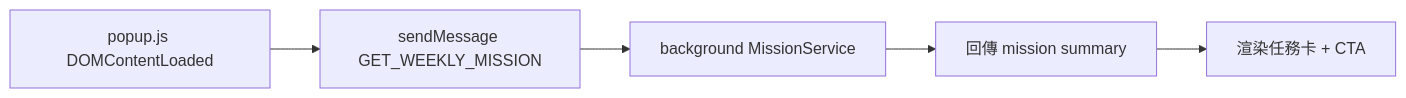
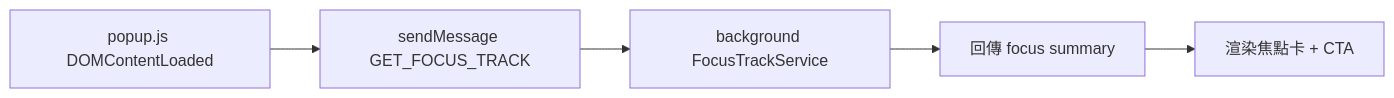
One commit to kylecheng3146/highlighting-translate changed the third of 5 diagrams in .shared/05-flow-diagrams.md. Above: the diagram before and after it, drawn with Mermaid. The commit also changed other lines of this file and 24 other files, not shown here.

Commit message:
feat: add contextual focus track with reports

````diff
--- a/.shared/05-flow-diagrams.md
+++ b/.shared/05-flow-diagrams.md
@@ -42,7 +42,7 @@
 ```mermaid
 flowchart LR
-    A[popup.js DOMContentLoaded] --> B[sendMessage GET_WEEKLY_MISSION]
-    B --> C[background MissionService]
-    C --> D[回傳 mission summary]
-    D --> E[渲染任務卡 + CTA]
+    A[popup.js DOMContentLoaded] --> B[sendMessage GET_FOCUS_TRACK]
+    B --> C[background FocusTrackService]
+    C --> D[回傳 focus summary]
+    D --> E[渲染焦點卡 + CTA]
 ```
````
